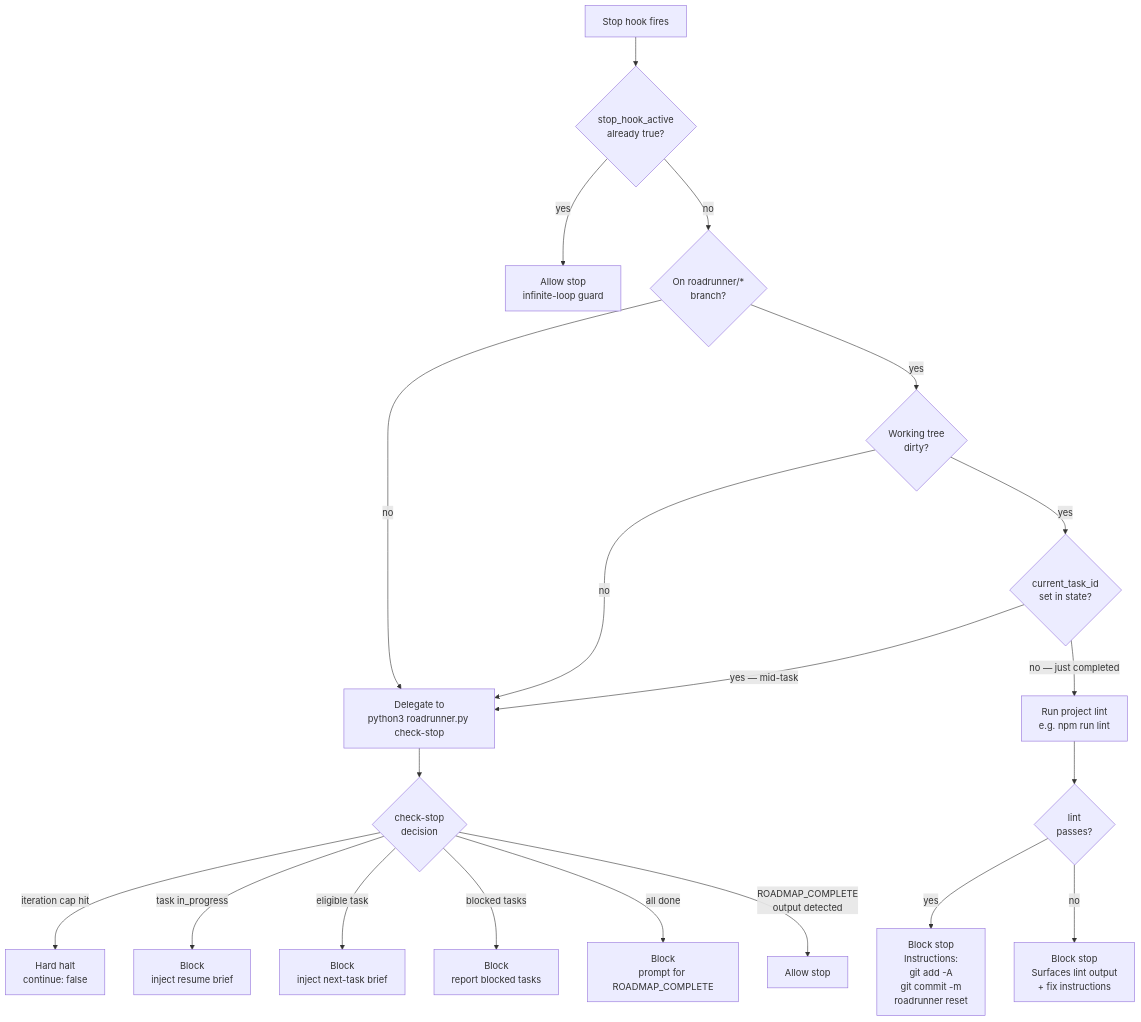
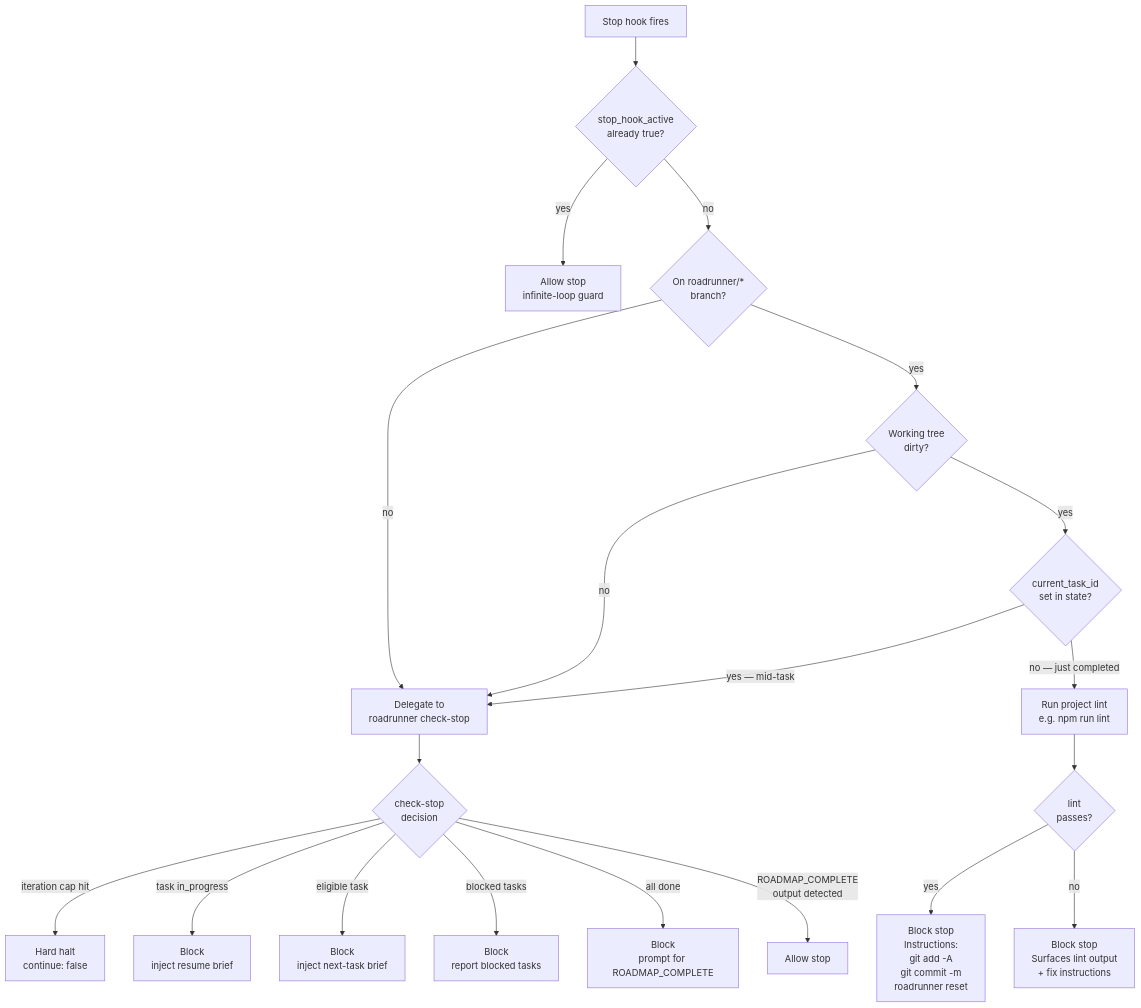
Before and after one commit to afoxnyc3/roadrunner-cli: the third of 4 diagrams in docs/WORKFLOW.md, drawn with Mermaid. The commit also changed other lines of this file and 8 other files, not shown here.

````diff
--- a/docs/WORKFLOW.md
+++ b/docs/WORKFLOW.md
@@ -124,29 +124,29 @@
 ```mermaid
 flowchart TD
     Fire[Stop hook fires] --> Active{stop_hook_active<br/>already true?}
     Active -->|yes| AllowInf[Allow stop<br/>infinite-loop guard]
 
     Active -->|no| Branch{On roadrunner/*<br/>branch?}
     Branch -->|no| Delegate
 
     Branch -->|yes| Dirty{Working tree<br/>dirty?}
     Dirty -->|no| Delegate
 
     Dirty -->|yes| InProg{current_task_id<br/>set in state?}
     InProg -->|yes — mid-task| Delegate
 
     InProg -->|no — just completed| RunLint[Run project lint<br/>e.g. npm run lint]
     RunLint --> LintOK{lint<br/>passes?}
 
     LintOK -->|yes| BlockCommit[Block stop<br/>Instructions:<br/>git add -A<br/>git commit -m<br/>roadrunner reset]
     LintOK -->|no| BlockLint[Block stop<br/>Surfaces lint output<br/>+ fix instructions]
 
-    Delegate[Delegate to<br/>python3 roadrunner.py check-stop] --> CSDecide{check-stop<br/>decision}
+    Delegate[Delegate to<br/>roadrunner check-stop] --> CSDecide{check-stop<br/>decision}
 
     CSDecide -->|iteration cap hit| HardHalt[Hard halt<br/>continue: false]
     CSDecide -->|task in_progress| ResumeBrief[Block<br/>inject resume brief]
     CSDecide -->|eligible task| NextBrief[Block<br/>inject next-task brief]
     CSDecide -->|blocked tasks| BlockedReport[Block<br/>report blocked tasks]
     CSDecide -->|all done| DonePrompt[Block<br/>prompt for ROADMAP_COMPLETE]
     CSDecide -->|ROADMAP_COMPLETE<br/>output detected| AllowDone[Allow stop]
 ```
````
